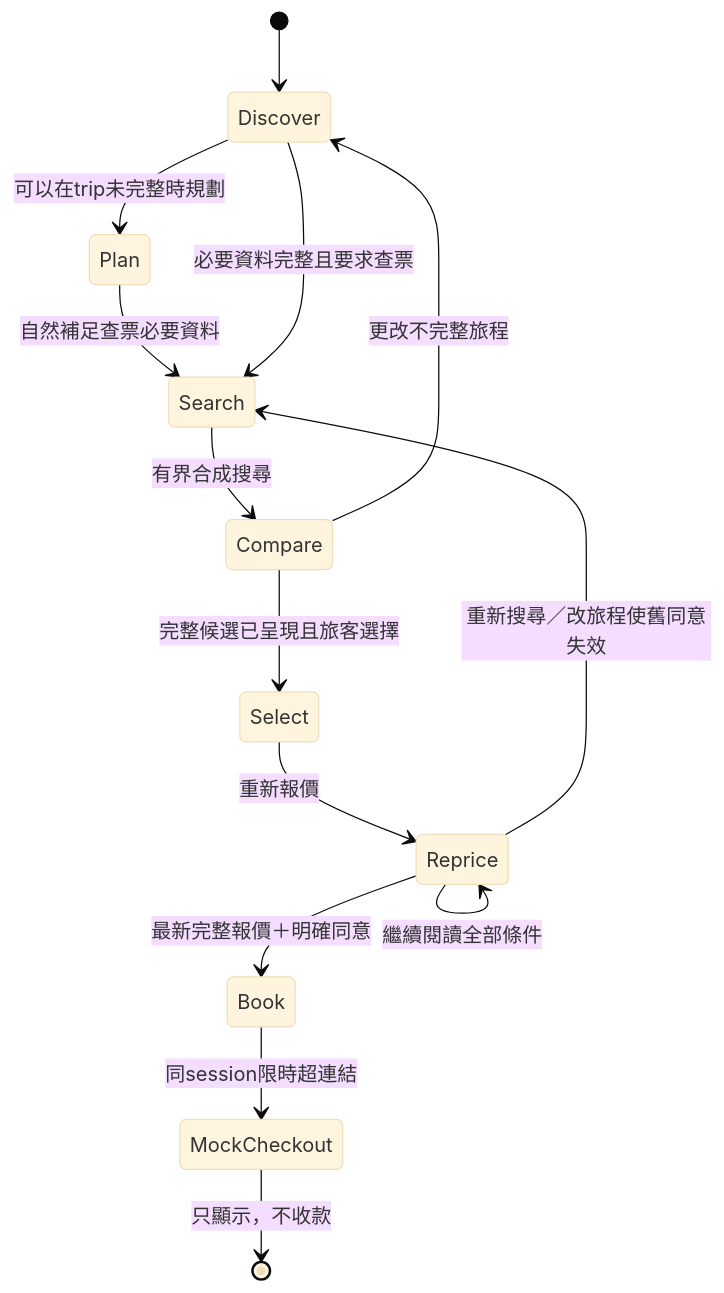
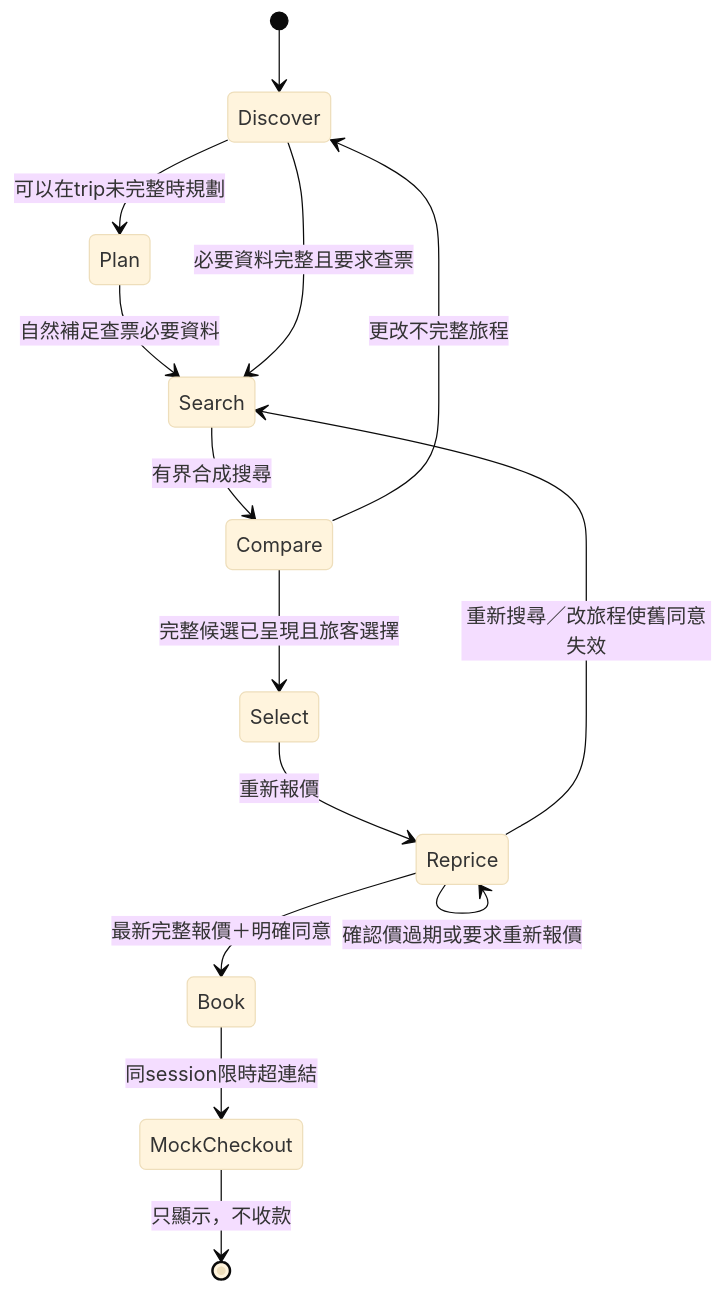
Before and after one commit to punmeng/travel-agent-with-voice-live: the second of 4 diagrams in docs/SYSTEM-DESIGN.md, drawn with Mermaid (base theme). The commit also changed other lines of this file and 60 other files, not shown here.

First line of the commit message:
Consolidate shared journey and voice flows with review cleanup

````diff
--- a/docs/SYSTEM-DESIGN.md
+++ b/docs/SYSTEM-DESIGN.md
@@ -278,16 +280,16 @@
 ```mermaid
 stateDiagram-v2
   [*] --> Discover
   Discover --> Plan: 可以在trip未完整時規劃
   Plan --> Search: 自然補足查票必要資料
   Discover --> Search: 必要資料完整且要求查票
   Search --> Compare: 有界合成搜尋
   Compare --> Select: 完整候選已呈現且旅客選擇
   Select --> Reprice: 重新報價
-  Reprice --> Reprice: 繼續閱讀全部條件
+  Reprice --> Reprice: 確認價過期或要求重新報價
   Reprice --> Book: 最新完整報價＋明確同意
   Book --> MockCheckout: 同session限時超連結
   MockCheckout --> [*]: 只顯示，不收款
   Compare --> Discover: 更改不完整旅程
   Reprice --> Search: 重新搜尋／改旅程使舊同意失效
 ```
````
